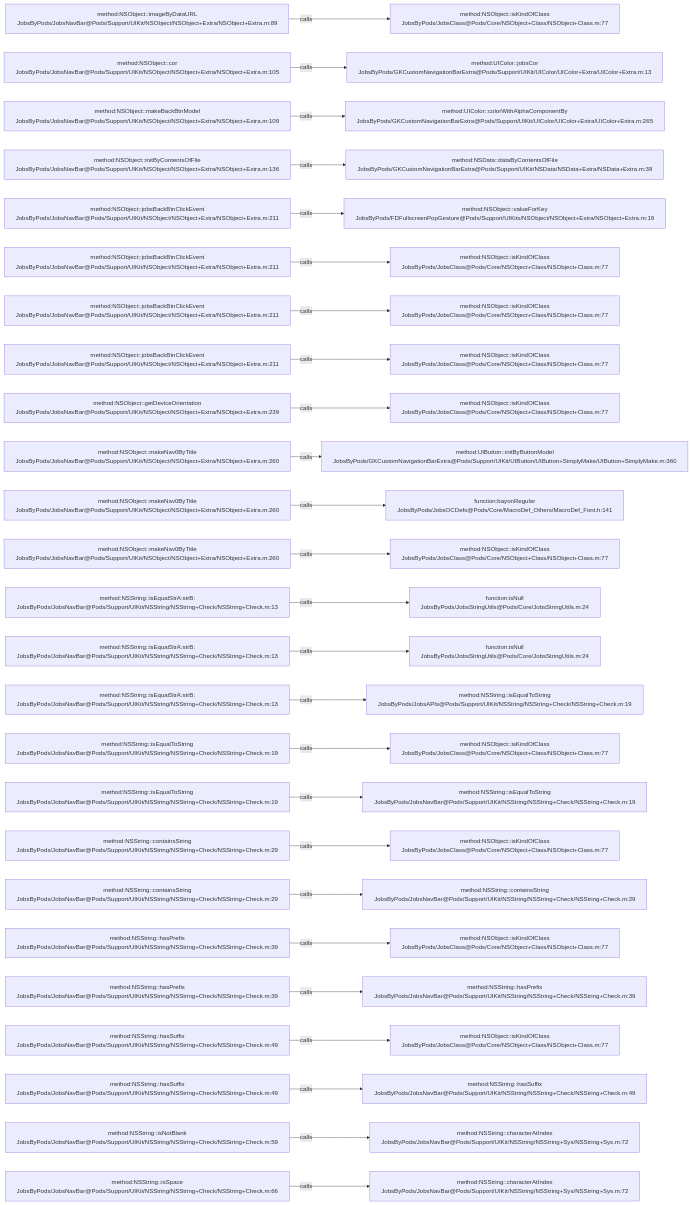
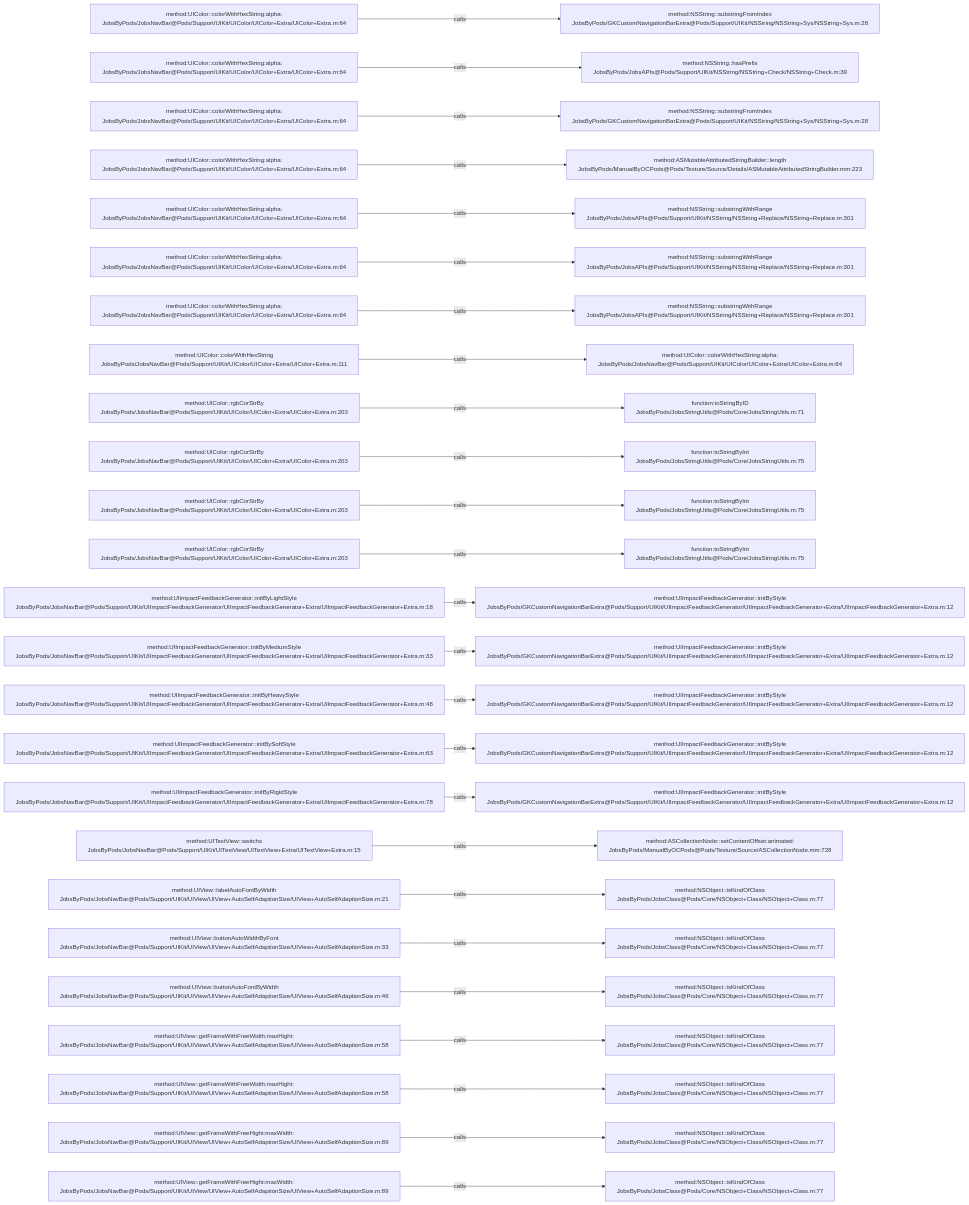
Before and after one commit to JobsKits/JobsOCBaseConfigDemo: the diagram in .codegraph/codegraph.md/graphs/calls-118.md, drawn with Mermaid. The commit also changed 639 other files, not shown here.

````diff
--- a/.codegraph/codegraph.md/graphs/calls-118.md
+++ b/.codegraph/codegraph.md/graphs/calls-118.md
@@ -13,78 +13,78 @@
 ```mermaid
 flowchart LR
-  S1["method:NSObject::imageByDataURL<br/>JobsByPods/JobsNavBar@Pods/Support/UIKit/NSObject/NSObject+Extra/NSObject+Extra.m:89"]
-  T1["method:NSObject::isKindOfClass<br/>JobsByPods/JobsClass@Pods/Core/NSObject+Class/NSObject+Class.m:77"]
+  S1["method:UIColor::colorWithHexString:alpha:<br/>JobsByPods/JobsNavBar@Pods/Support/UIKit/UIColor/UIColor+Extra/UIColor+Extra.m:64"]
+  T1["method:NSString::substringFromIndex<br/>JobsByPods/GKCustomNavigationBarExtra@Pods/Support/UIKit/NSString/NSString+Sys/NSString+Sys.m:28"]
   S1 -->|calls| T1
-  S2["method:NSObject::cor<br/>JobsByPods/JobsNavBar@Pods/Support/UIKit/NSObject/NSObject+Extra/NSObject+Extra.m:105"]
-  T2["method:UIColor::jobsCor<br/>JobsByPods/GKCustomNavigationBarExtra@Pods/Support/UIKit/UIColor/UIColor+Extra/UIColor+Extra.m:13"]
+  S2["method:UIColor::colorWithHexString:alpha:<br/>JobsByPods/JobsNavBar@Pods/Support/UIKit/UIColor/UIColor+Extra/UIColor+Extra.m:64"]
+  T2["method:NSString::hasPrefix<br/>JobsByPods/JobsAPIs@Pods/Support/UIKit/NSString/NSString+Check/NSString+Check.m:39"]
   S2 -->|calls| T2
-  S3["method:NSObject::makeBackBtnModel<br/>JobsByPods/JobsNavBar@Pods/Support/UIKit/NSObject/NSObject+Extra/NSObject+Extra.m:109"]
-  T3["method:UIColor::colorWithAlphaComponentBy<br/>JobsByPods/GKCustomNavigationBarExtra@Pods/Support/UIKit/UIColor/UIColor+Extra/UIColor+Extra.m:265"]
+  S3["method:UIColor::colorWithHexString:alpha:<br/>JobsByPods/JobsNavBar@Pods/Support/UIKit/UIColor/UIColor+Extra/UIColor+Extra.m:64"]
+  T3["method:NSString::substringFromIndex<br/>JobsByPods/GKCustomNavigationBarExtra@Pods/Support/UIKit/NSString/NSString+Sys/NSString+Sys.m:28"]
   S3 -->|calls| T3
-  S4["method:NSObject::initByContentsOfFile<br/>JobsByPods/JobsNavBar@Pods/Support/UIKit/NSObject/NSObject+Extra/NSObject+Extra.m:136"]
-  T4["method:NSData::dataByContentsOfFile<br/>JobsByPods/GKCustomNavigationBarExtra@Pods/Support/UIKit/NSData/NSData+Extra/NSData+Extra.m:38"]
+  S4["method:UIColor::colorWithHexString:alpha:<br/>JobsByPods/JobsNavBar@Pods/Support/UIKit/UIColor/UIColor+Extra/UIColor+Extra.m:64"]
+  T4["method:ASMutableAttributedStringBuilder::length<br/>JobsByPods/ManualByOCPods@Pods/Texture/Source/Details/ASMutableAttributedStringBuilder.mm:223"]
   S4 -->|calls| T4
-  S5["method:NSObject::jobsBackBtnClickEvent<br/>JobsByPods/JobsNavBar@Pods/Support/UIKit/NSObject/NSObject+Extra/NSObject+Extra.m:211"]
-  T5["method:NSObject::valueForKey<br/>JobsByPods/FDFullscreenPopGesture@Pods/Support/UIKits/NSObject/NSObject+Extra/NSObject+Extra.m:19"]
+  S5["method:UIColor::colorWithHexString:alpha:<br/>JobsByPods/JobsNavBar@Pods/Support/UIKit/UIColor/UIColor+Extra/UIColor+Extra.m:64"]
+  T5["method:NSString::substringWithRange<br/>JobsByPods/JobsAPIs@Pods/Support/UIKit/NSString/NSString+Replace/NSString+Replace.m:301"]
   S5 -->|calls| T5
-  S6["method:NSObject::jobsBackBtnClickEvent<br/>JobsByPods/JobsNavBar@Pods/Support/UIKit/NSObject/NSObject+Extra/NSObject+Extra.m:211"]
-  T6["method:NSObject::isKindOfClass<br/>JobsByPods/JobsClass@Pods/Core/NSObject+Class/NSObject+Class.m:77"]
+  S6["method:UIColor::colorWithHexString:alpha:<br/>JobsByPods/JobsNavBar@Pods/Support/UIKit/UIColor/UIColor+Extra/UIColor+Extra.m:64"]
+  T6["method:NSString::substringWithRange<br/>JobsByPods/JobsAPIs@Pods/Support/UIKit/NSString/NSString+Replace/NSString+Replace.m:301"]
   S6 -->|calls| T6
-  S7["method:NSObject::jobsBackBtnClickEvent<br/>JobsByPods/JobsNavBar@Pods/Support/UIKit/NSObject/NSObject+Extra/NSObject+Extra.m:211"]
-  T7["method:NSObject::isKindOfClass<br/>JobsByPods/JobsClass@Pods/Core/NSObject+Class/NSObject+Class.m:77"]
+  S7["method:UIColor::colorWithHexString:alpha:<br/>JobsByPods/JobsNavBar@Pods/Support/UIKit/UIColor/UIColor+Extra/UIColor+Extra.m:64"]
+  T7["method:NSString::substringWithRange<br/>JobsByPods/JobsAPIs@Pods/Support/UIKit/NSString/NSString+Replace/NSString+Replace.m:301"]
   S7 -->|calls| T7
-  S8["method:NSObject::jobsBackBtnClickEvent<br/>JobsByPods/JobsNavBar@Pods/Support/UIKit/NSObject/NSObject+Extra/NSObject+Extra.m:211"]
-  T8["method:NSObject::isKindOfClass<br/>JobsByPods/JobsClass@Pods/Core/NSObject+Class/NSObject+Class.m:77"]
+  S8["method:UIColor::colorWithHexString<br/>JobsByPods/JobsNavBar@Pods/Support/UIKit/UIColor/UIColor+Extra/UIColor+Extra.m:111"]
+  T8["method:UIColor::colorWithHexString:alpha:<br/>JobsByPods/JobsNavBar@Pods/Support/UIKit/UIColor/UIColor+Extra/UIColor+Extra.m:64"]
   S8 -->|calls| T8
-  S9["method:NSObject::getDeviceOrientation<br/>JobsByPods/JobsNavBar@Pods/Support/UIKit/NSObject/NSObject+Extra/NSObject+Extra.m:239"]
-  T9["method:NSObject::isKindOfClass<br/>JobsByPods/JobsClass@Pods/Core/NSObject+Class/NSObject+Class.m:77"]
+  S9["method:UIColor::rgbCorStrBy<br/>JobsByPods/JobsNavBar@Pods/Support/UIKit/UIColor/UIColor+Extra/UIColor+Extra.m:203"]
+  T9["function:toStringByID<br/>JobsByPods/JobsStringUtils@Pods/Core/JobsStringUtils.m:71"]
   S9 -->|calls| T9
-  S10["method:NSObject::makeNav0ByTitle<br/>JobsByPods/JobsNavBar@Pods/Support/UIKit/NSObject/NSObject+Extra/NSObject+Extra.m:260"]
-  T10["method:UIButton::initByButtonModel<br/>JobsByPods/GKCustomNavigationBarExtra@Pods/Support/UIKit/UIButton/UIButton+SimplyMake/UIButton+SimplyMake.m:360"]
+  S10["method:UIColor::rgbCorStrBy<br/>JobsByPods/JobsNavBar@Pods/Support/UIKit/UIColor/UIColor+Extra/UIColor+Extra.m:203"]
+  T10["function:toStringByInt<br/>JobsByPods/JobsStringUtils@Pods/Core/JobsStringUtils.m:75"]
   S10 -->|calls| T10
-  S11["method:NSObject::makeNav0ByTitle<br/>JobsByPods/JobsNavBar@Pods/Support/UIKit/NSObject/NSObject+Extra/NSObject+Extra.m:260"]
-  T11["function:bayonRegular<br/>JobsByPods/JobsOCDefs@Pods/Core/MacroDef_Others/MacroDef_Font.h:141"]
+  S11["method:UIColor::rgbCorStrBy<br/>JobsByPods/JobsNavBar@Pods/Support/UIKit/UIColor/UIColor+Extra/UIColor+Extra.m:203"]
+  T11["function:toStringByInt<br/>JobsByPods/JobsStringUtils@Pods/Core/JobsStringUtils.m:75"]
   S11 -->|calls| T11
-  S12["method:NSObject::makeNav0ByTitle<br/>JobsByPods/JobsNavBar@Pods/Support/UIKit/NSObject/NSObject+Extra/NSObject+Extra.m:260"]
-  T12["method:NSObject::isKindOfClass<br/>JobsByPods/JobsClass@Pods/Core/NSObject+Class/NSObject+Class.m:77"]
+  S12["method:UIColor::rgbCorStrBy<br/>JobsByPods/JobsNavBar@Pods/Support/UIKit/UIColor/UIColor+Extra/UIColor+Extra.m:203"]
+  T12["function:toStringByInt<br/>JobsByPods/JobsStringUtils@Pods/Core/JobsStringUtils.m:75"]
   S12 -->|calls| T12
-  S13["method:NSString::isEqualStrA:strB:<br/>JobsByPods/JobsNavBar@Pods/Support/UIKit/NSString/NSString+Check/NSString+Check.m:13"]
-  T13["function:isNull<br/>JobsByPods/JobsStringUtils@Pods/Core/JobsStringUtils.m:24"]
+  S13["method:UIImpactFeedbackGenerator::initByLightStyle<br/>JobsByPods/JobsNavBar@Pods/Support/UIKit/UIImpactFeedbackGenerator/UIImpactFeedbackGenerator+Extra/UIImpactFeedbackGenerator+Extra.m:18"]
+  T13["method:UIImpactFeedbackGenerator::initByStyle<br/>JobsByPods/GKCustomNavigationBarExtra@Pods/Support/UIKit/UIImpactFeedbackGenerator/UIImpactFeedbackGenerator+Extra/UIImpactFeedbackGenerator+Extra.m:12"]
   S13 -->|calls| T13
-  S14["method:NSString::isEqualStrA:strB:<br/>JobsByPods/JobsNavBar@Pods/Support/UIKit/NSString/NSString+Check/NSString+Check.m:13"]
-  T14["function:isNull<br/>JobsByPods/JobsStringUtils@Pods/Core/JobsStringUtils.m:24"]
+  S14["method:UIImpactFeedbackGenerator::initByMediumStyle<br/>JobsByPods/JobsNavBar@Pods/Support/UIKit/UIImpactFeedbackGenerator/UIImpactFeedbackGenerator+Extra/UIImpactFeedbackGenerator+Extra.m:33"]
+  T14["method:UIImpactFeedbackGenerator::initByStyle<br/>JobsByPods/GKCustomNavigationBarExtra@Pods/Support/UIKit/UIImpactFeedbackGenerator/UIImpactFeedbackGenerator+Extra/UIImpactFeedbackGenerator+Extra.m:12"]
   S14 -->|calls| T14
-  S15["method:NSString::isEqualStrA:strB:<br/>JobsByPods/JobsNavBar@Pods/Support/UIKit/NSString/NSString+Check/NSString+Check.m:13"]
-  T15["method:NSString::isEqualToString<br/>JobsByPods/JobsAPIs@Pods/Support/UIKit/NSString/NSString+Check/NSString+Check.m:19"]
+  S15["method:UIImpactFeedbackGenerator::initByHeavyStyle<br/>JobsByPods/JobsNavBar@Pods/Support/UIKit/UIImpactFeedbackGenerator/UIImpactFeedbackGenerator+Extra/UIImpactFeedbackGenerator+Extra.m:48"]
+  T15["method:UIImpactFeedbackGenerator::initByStyle<br/>JobsByPods/GKCustomNavigationBarExtra@Pods/Support/UIKit/UIImpactFeedbackGenerator/UIImpactFeedbackGenerator+Extra/UIImpactFeedbackGenerator+Extra.m:12"]
   S15 -->|calls| T15
-  S16["method:NSString::isEqualToString<br/>JobsByPods/JobsNavBar@Pods/Support/UIKit/NSString/NSString+Check/NSString+Check.m:19"]
-  T16["method:NSObject::isKindOfClass<br/>JobsByPods/JobsClass@Pods/Core/NSObject+Class/NSObject+Class.m:77"]
+  S16["method:UIImpactFeedbackGenerator::initBySoftStyle<br/>JobsByPods/JobsNavBar@Pods/Support/UIKit/UIImpactFeedbackGenerator/UIImpactFeedbackGenerator+Extra/UIImpactFeedbackGenerator+Extra.m:63"]
+  T16["method:UIImpactFeedbackGenerator::initByStyle<br/>JobsByPods/GKCustomNavigationBarExtra@Pods/Support/UIKit/UIImpactFeedbackGenerator/UIImpactFeedbackGenerator+Extra/UIImpactFeedbackGenerator+Extra.m:12"]
   S16 -->|calls| T16
-  S17["method:NSString::isEqualToString<br/>JobsByPods/JobsNavBar@Pods/Support/UIKit/NSString/NSString+Check/NSString+Check.m:19"]
-  T17["method:NSString::isEqualToString<br/>JobsByPods/JobsNavBar@Pods/Support/UIKit/NSString/NSString+Check/NSString+Check.m:19"]
+  S17["method:UIImpactFeedbackGenerator::initByRigidStyle<br/>JobsByPods/JobsNavBar@Pods/Support/UIKit/UIImpactFeedbackGenerator/UIImpactFeedbackGenerator+Extra/UIImpactFeedbackGenerator+Extra.m:78"]
+  T17["method:UIImpactFeedbackGenerator::initByStyle<br/>JobsByPods/GKCustomNavigationBarExtra@Pods/Support/UIKit/UIImpactFeedbackGenerator/UIImpactFeedbackGenerator+Extra/UIImpactFeedbackGenerator+Extra.m:12"]
   S17 -->|calls| T17
-  S18["method:NSString::containsString<br/>JobsByPods/JobsNavBar@Pods/Support/UIKit/NSString/NSString+Check/NSString+Check.m:29"]
-  T18["method:NSObject::isKindOfClass<br/>JobsByPods/JobsClass@Pods/Core/NSObject+Class/NSObject+Class.m:77"]
+  S18["method:UITextView::switchs<br/>JobsByPods/JobsNavBar@Pods/Support/UIKit/UITextView/UITextView+Extra/UITextView+Extra.m:15"]
+  T18["method:ASCollectionNode::setContentOffset:animated:<br/>JobsByPods/ManualByOCPods@Pods/Texture/Source/ASCollectionNode.mm:728"]
   S18 -->|calls| T18
-  S19["method:NSString::containsString<br/>JobsByPods/JobsNavBar@Pods/Support/UIKit/NSString/NSString+Check/NSString+Check.m:29"]
-  T19["method:NSString::containsString<br/>JobsByPods/JobsNavBar@Pods/Support/UIKit/NSString/NSString+Check/NSString+Check.m:29"]
+  S19["method:UIView::labelAutoFontByWidth<br/>JobsByPods/JobsNavBar@Pods/Support/UIKit/UIView/UIView+AutoSelfAdaptionSize/UIView+AutoSelfAdaptionSize.m:21"]
+  T19["method:NSObject::isKindOfClass<br/>JobsByPods/JobsClass@Pods/Core/NSObject+Class/NSObject+Class.m:77"]
   S19 -->|calls| T19
-  S20["method:NSString::hasPrefix<br/>JobsByPods/JobsNavBar@Pods/Support/UIKit/NSString/NSString+Check/NSString+Check.m:39"]
+  S20["method:UIView::buttonAutoWidthByFont<br/>JobsByPods/JobsNavBar@Pods/Support/UIKit/UIView/UIView+AutoSelfAdaptionSize/UIView+AutoSelfAdaptionSize.m:33"]
   T20["method:NSObject::isKindOfClass<br/>JobsByPods/JobsClass@Pods/Core/NSObject+Class/NSObject+Class.m:77"]
   S20 -->|calls| T20
-  S21["method:NSString::hasPrefix<br/>JobsByPods/JobsNavBar@Pods/Support/UIKit/NSString/NSString+Check/NSString+Check.m:39"]
-  T21["method:NSString::hasPrefix<br/>JobsByPods/JobsNavBar@Pods/Support/UIKit/NSString/NSString+Check/NSString+Check.m:39"]
+  S21["method:UIView::buttonAutoFontByWidth<br/>JobsByPods/JobsNavBar@Pods/Support/UIKit/UIView/UIView+AutoSelfAdaptionSize/UIView+AutoSelfAdaptionSize.m:46"]
+  T21["method:NSObject::isKindOfClass<br/>JobsByPods/JobsClass@Pods/Core/NSObject+Class/NSObject+Class.m:77"]
   S21 -->|calls| T21
-  S22["method:NSString::hasSuffix<br/>JobsByPods/JobsNavBar@Pods/Support/UIKit/NSString/NSString+Check/NSString+Check.m:49"]
+  S22["method:UIView::getFrameWithFreeWidth:maxHight:<br/>JobsByPods/JobsNavBar@Pods/Support/UIKit/UIView/UIView+AutoSelfAdaptionSize/UIView+AutoSelfAdaptionSize.m:58"]
   T22["method:NSObject::isKindOfClass<br/>JobsByPods/JobsClass@Pods/Core/NSObject+Class/NSObject+Class.m:77"]
   S22 -->|calls| T22
-  S23["method:NSString::hasSuffix<br/>JobsByPods/JobsNavBar@Pods/Support/UIKit/NSString/NSString+Check/NSString+Check.m:49"]
-  T23["method:NSString::hasSuffix<br/>JobsByPods/JobsNavBar@Pods/Support/UIKit/NSString/NSString+Check/NSString+Check.m:49"]
+  S23["method:UIView::getFrameWithFreeWidth:maxHight:<br/>JobsByPods/JobsNavBar@Pods/Support/UIKit/UIView/UIView+AutoSelfAdaptionSize/UIView+AutoSelfAdaptionSize.m:58"]
+  T23["method:NSObject::isKindOfClass<br/>JobsByPods/JobsClass@Pods/Core/NSObject+Class/NSObject+Class.m:77"]
   S23 -->|calls| T23
-  S24["method:NSString::isNotBlank<br/>JobsByPods/JobsNavBar@Pods/Support/UIKit/NSString/NSString+Check/NSString+Check.m:59"]
-  T24["method:NSString::characterAtIndex<br/>JobsByPods/JobsNavBar@Pods/Support/UIKit/NSString/NSString+Sys/NSString+Sys.m:72"]
+  S24["method:UIView::getFrameWithFreeHight:maxWidth:<br/>JobsByPods/JobsNavBar@Pods/Support/UIKit/UIView/UIView+AutoSelfAdaptionSize/UIView+AutoSelfAdaptionSize.m:89"]
+  T24["method:NSObject::isKindOfClass<br/>JobsByPods/JobsClass@Pods/Core/NSObject+Class/NSObject+Class.m:77"]
   S24 -->|calls| T24
-  S25["method:NSString::isSpace<br/>JobsByPods/JobsNavBar@Pods/Support/UIKit/NSString/NSString+Check/NSString+Check.m:66"]
-  T25["method:NSString::characterAtIndex<br/>JobsByPods/JobsNavBar@Pods/Support/UIKit/NSString/NSString+Sys/NSString+Sys.m:72"]
+  S25["method:UIView::getFrameWithFreeHight:maxWidth:<br/>JobsByPods/JobsNavBar@Pods/Support/UIKit/UIView/UIView+AutoSelfAdaptionSize/UIView+AutoSelfAdaptionSize.m:89"]
+  T25["method:NSObject::isKindOfClass<br/>JobsByPods/JobsClass@Pods/Core/NSObject+Class/NSObject+Class.m:77"]
   S25 -->|calls| T25
 ```
````
